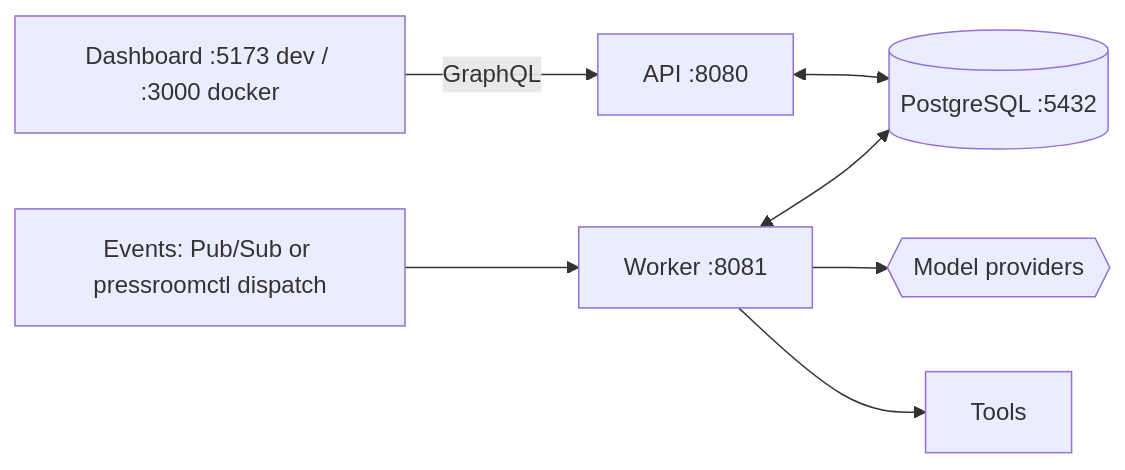
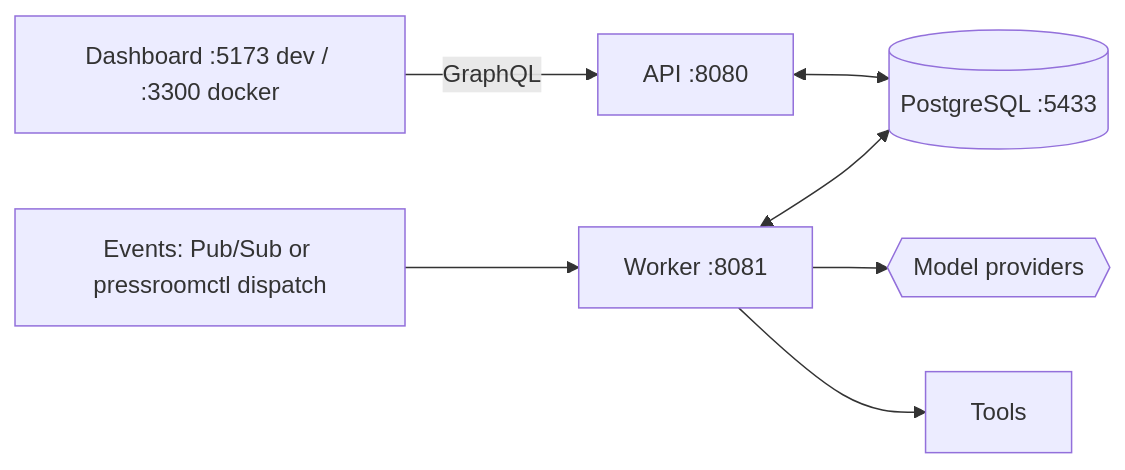
The diagram in KT_README.MD (davidmm07/pressroom), drawn with Mermaid before and after one commit. The commit also changed other lines of this file and 5 other files, not shown here.

````diff
--- a/KT_README.MD
+++ b/KT_README.MD
@@ -59,9 +59,9 @@
 ```mermaid
 flowchart LR
-  UI[Dashboard :5173 dev / :3000 docker] -- GraphQL --> API[API :8080]
-  API <--> DB[(PostgreSQL :5432)]
+  UI[Dashboard :5173 dev / :3300 docker] -- GraphQL --> API[API :8080]
+  API <--> DB[(PostgreSQL :5433)]
   EV[Events: Pub/Sub or pressroomctl dispatch] --> W[Worker :8081]
   W <--> DB
   W --> M{{Model providers}}
   W --> T[Tools]
 ```
````
